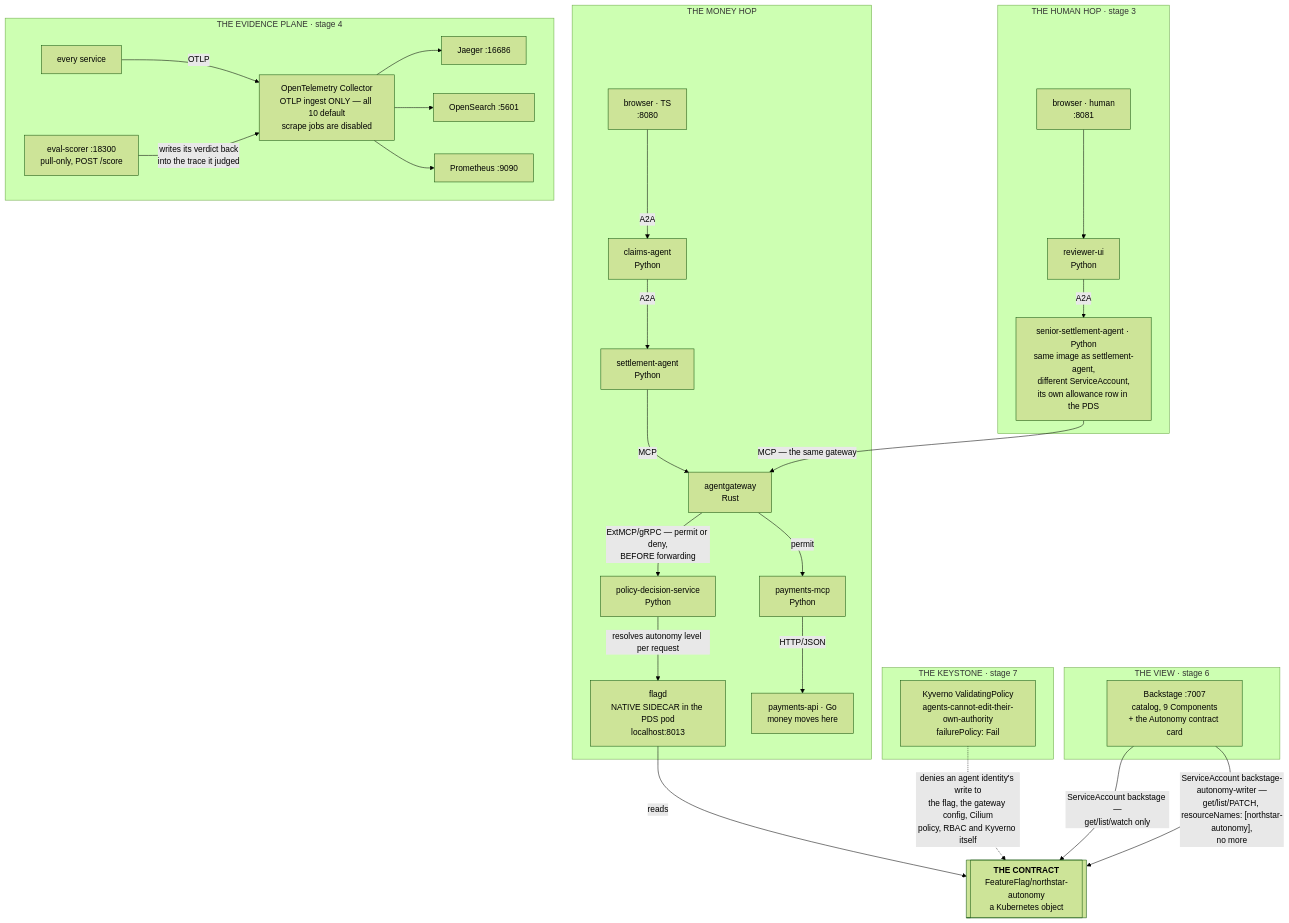
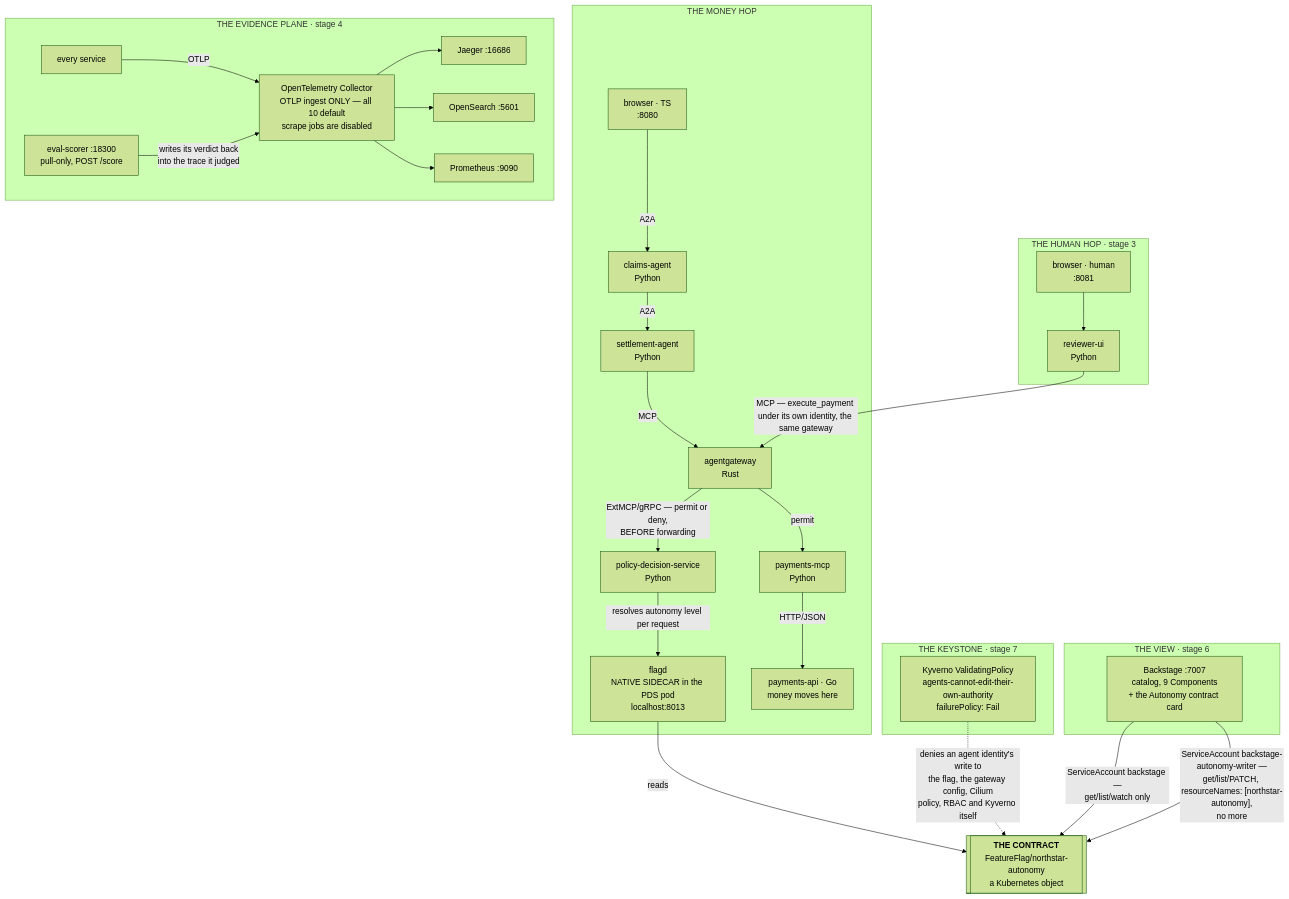
One commit to kaspernissen/aip-demo changed the second of 4 diagrams in docs/demo-runbook.md. Above: the diagram before and after it, drawn with Mermaid (forest theme). The commit also changed other lines of this file and 106 other files, not shown here.

```diff
--- a/docs/demo-runbook.md
+++ b/docs/demo-runbook.md
@@ -97,70 +104,66 @@
 <pre class="mermaid">
 flowchart TD
     subgraph money["THE MONEY HOP"]
         br["`browser · TS
       :8080`"] -->|A2A| ca["`claims-agent
       Python`"]
         ca -->|A2A| sa["`settlement-agent
       Python`"]
         sa -->|MCP| gw["`agentgateway
       Rust`"]
         gw -->|"`ExtMCP/gRPC — permit or deny,
       BEFORE forwarding`"| pds["`policy-decision-service
       Python`"]
         pds -->|"resolves autonomy level per request"| fd["`flagd
       NATIVE SIDECAR in the PDS pod
       localhost:8013`"]
         gw -->|permit| pm["`payments-mcp
       Python`"]
         pm -->|"HTTP/JSON"| pa["`payments-api · Go
       money moves here`"]
     end
 
     ff[["`**THE CONTRACT**
       FeatureFlag/northstar-autonomy
       a Kubernetes object`"]]
     fd -->|reads| ff
 
     subgraph humanhop["THE HUMAN HOP · stage 3"]
         hb["`browser · human
       :8081`"] --> ru["`reviewer-ui
       Python`"]
-        ru -->|A2A| ss["`senior-settlement-agent · Python
-      same image as settlement-agent,
-      different ServiceAccount,
-      its own allowance row in the PDS`"]
     end
-    ss -->|"MCP — the same gateway"| gw
+    ru -->|"MCP — execute_payment under its own identity, the same gateway"| gw
 
     subgraph evidence["THE EVIDENCE PLANE · stage 4"]
         svc["every service"] -->|OTLP| col["`OpenTelemetry Collector
       OTLP ingest ONLY — all 10 default
       scrape jobs are disabled`"]
         col --> jg["Jaeger :16686"]
         col --> os["OpenSearch :5601"]
         col --> pr["Prometheus :9090"]
         es["`eval-scorer :18300
       pull-only, POST /score`"] -->|"`writes its verdict back
       into the trace it judged`"| col
     end
 
     subgraph view["THE VIEW · stage 6"]
         bs["`Backstage :7007
       catalog, 9 Components
       + the Autonomy contract card`"]
     end
 
     subgraph keystone["THE KEYSTONE · stage 7"]
         kv["`Kyverno ValidatingPolicy
       agents-cannot-edit-their-own-authority
       failurePolicy: Fail`"]
     end
     kv -.->|"`denies an agent identity's write to
       the flag, the gateway config, Cilium
       policy, RBAC and Kyverno itself`"| ff
     bs -->|"`ServiceAccount backstage —
       get/list/watch only`"| ff
     bs -->|"`ServiceAccount backstage-autonomy-writer —
       get/list/PATCH, resourceNames: [northstar-autonomy],
       no more`"| ff
 </pre>
```
